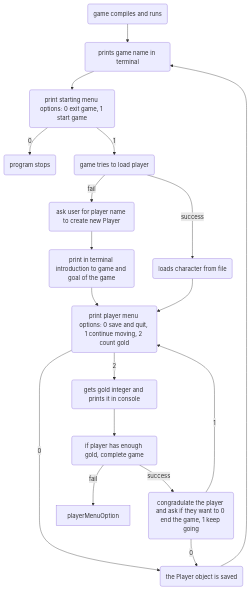
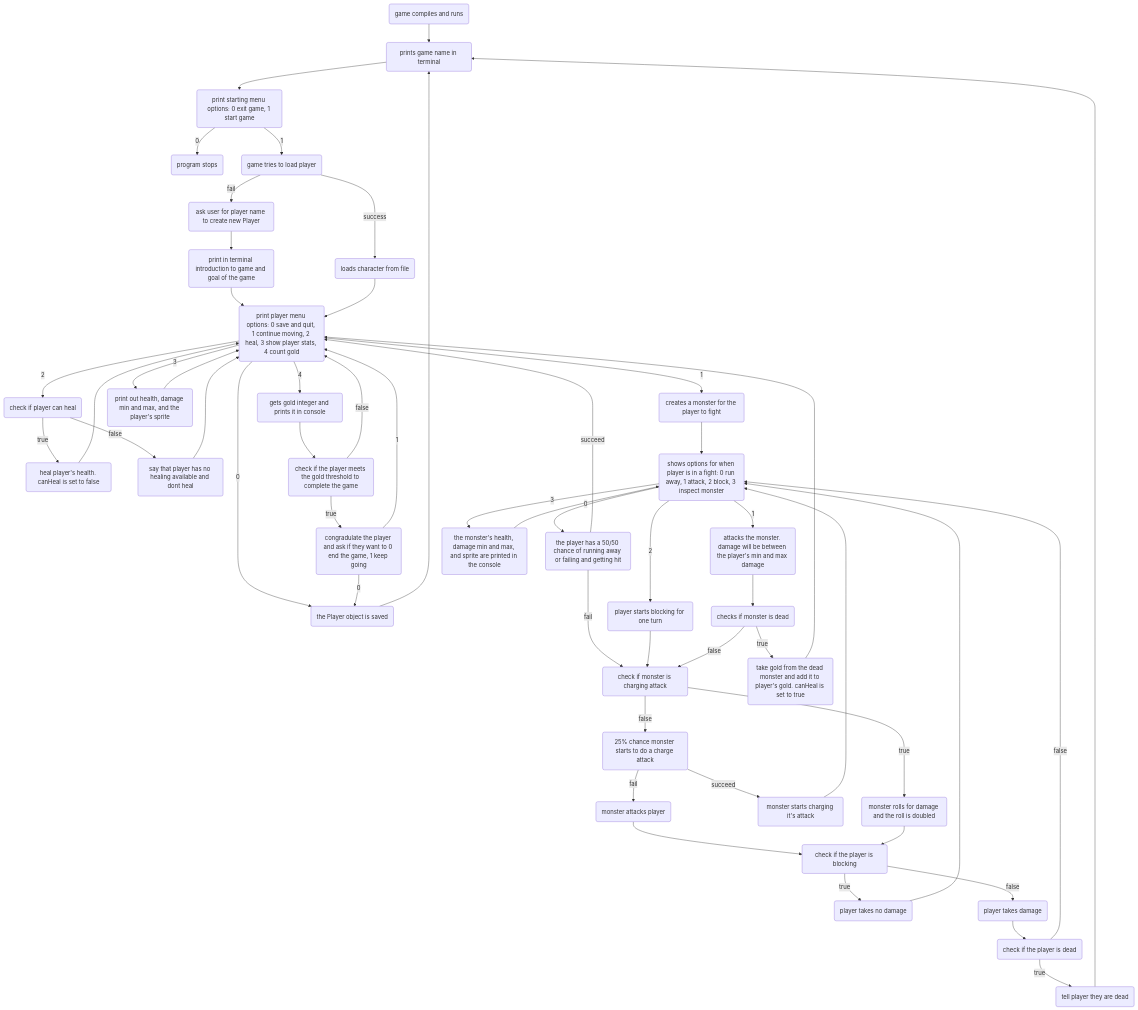
Before and after one commit to fish-2122/CS121-Final: the first of 2 diagrams in README.md, drawn with Mermaid. The commit also changed other lines of this file, not shown here.

Commit message:
completed flow chart

````diff
--- a/README.md
+++ b/README.md
@@ -5,20 +5,55 @@
 ```mermaid
 graph TD
     run(game compiles and runs) --> mainMenu(prints game name in terminal)
     mainMenu --> mainMenuOptions(print starting menu options: 0 exit game, 1 start game)
     mainMenuOptions --> |0| stopGame(program stops)
     mainMenuOptions --> |1| loadPlayer(game tries to load player)
     loadPlayer --> |fail| createPlayer(ask user for player name to create new Player)
     createPlayer --> playIntro(print in terminal introduction to game and goal of the game)
     loadPlayer --> |success| loadCharacter(loads character from file)
-    playIntro --> playerMenuOptions(print player menu options: 0 save and quit, 1 continue moving, 2 count gold)
+    playIntro --> playerMenuOptions(print player menu options: 0 save and quit, 1 continue moving, 2 heal, 3 show player stats, 4 count gold)
     loadCharacter --> playerMenuOptions
     playerMenuOptions --> |0| saveGame(the Player object is saved)
+    playerMenuOptions --> |1| createMonster(creates a monster for the player to fight)
+    playerMenuOptions --> |2| healCheck(check if player can heal)
+    playerMenuOptions --> |3| showPlayerStats(print out health, damage min and max, and the player's sprite)
+    playerMenuOptions --> |4| showGold(gets gold integer and prints it in console)
     saveGame --> mainMenu
-    playerMenuOptions --> |2| showGold(gets gold integer and prints it in console)
-    showGold --> checkForGoldThreshold(if player has enough gold, complete game)
-    checkForGoldThreshold --> |fail| playerMenuOption
-    checkForGoldThreshold --> |success| meetGoldThreshold(congradulate the player and ask if they want to 0 end the game, 1 keep going)
+    showPlayerStats --> playerMenuOptions
+    healCheck --> |true| heal(heal player's health. canHeal is set to false)
+    heal --> playerMenuOptions
+    healCheck --> |false| dontHeal(say that player has no healing available and dont heal)
+    dontHeal --> playerMenuOptions
+    showGold --> checkForGoldThreshold(check if the player meets the gold threshold to complete the game)
+    checkForGoldThreshold --> |false| playerMenuOptions
+    checkForGoldThreshold --> |true| meetGoldThreshold(congradulate the player and ask if they want to 0 end the game, 1 keep going)
     meetGoldThreshold --> |0| saveGame
     meetGoldThreshold --> |1| playerMenuOptions
+    createMonster --> playerFightOptions(shows options for when player is in a fight: 0 run away, 1 attack, 2 block, 3 inspect monster)
+    playerFightOptions --> |0| tryToRun(the player has a 50/50 chance of running away or failing and getting hit)
+    playerFightOptions --> |1| attackMonster(attacks the monster. damage will be between the player's min and max damage)
+    playerFightOptions --> |2| block(player starts blocking for one turn)
+    playerFightOptions --> |3| printMonster(the monster's health, damage min and max, and sprite are printed in the console)
+    printMonster --> playerFightOptions
+    tryToRun --> |succeed| playerMenuOptions
+    tryToRun --> |fail| monsterStartsAttack(check if monster is charging attack)
+    monsterStartsAttack --> |true| monsterChargeAttack(monster rolls for damage and the roll is doubled)
+    monsterStartsAttack --> |false| monsterFlipForChargeAttack(25% chance monster starts to do a charge attack)
+    monsterFlipForChargeAttack --> |succeed| monsterStartsCharging(monster starts charging it's attack)
+    monsterStartsCharging --> playerFightOptions
+    monsterFlipForChargeAttack --> |fail| monsterAttack(monster attacks player)
+    monsterAttack --> checkIfBlocking(check if the player is blocking)
+    monsterChargeAttack --> checkIfBlocking
+    checkIfBlocking --> |true| noDamage(player takes no damage)
+    noDamage --> playerFightOptions
+    checkIfBlocking --> |false| takeDamage(player takes damage)
+    takeDamage --> checkIfDead(check if the player is dead)
+    checkIfDead --> |false| playerFightOptions
+    checkIfDead --> |true| playerIsDead(tell player they are dead)
+    playerIsDead --> mainMenu
+    block --> monsterStartsAttack
+    attackMonster --> checkIfMonsterDead(checks if monster is dead)
+    checkIfMonsterDead --> |false| monsterStartsAttack
+    checkIfMonsterDead --> |true| getGold(take gold from the dead monster and add it to player's gold. canHeal is set to true)
+    getGold --> playerMenuOptions
 ```
````
